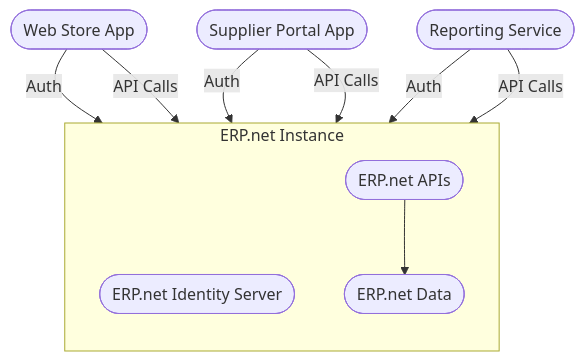
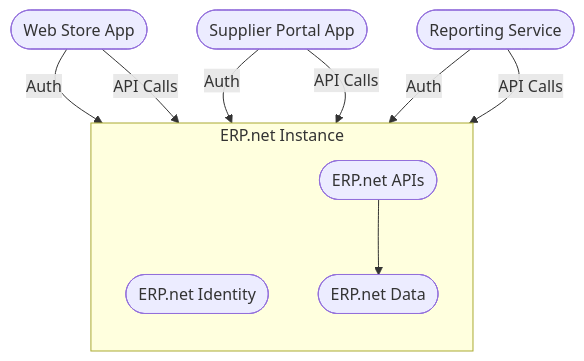
Before and after one commit to ErpNetDocs/dev: the diagram in building-apps/concepts/what-are-erpnet-apps.md, drawn with Mermaid. The commit also changed other lines of this file and 119 other files, not shown here.

````diff
--- a/building-apps/concepts/what-are-erpnet-apps.md
+++ b/building-apps/concepts/what-are-erpnet-apps.md
@@ -43,22 +43,22 @@
 ```mermaid
 flowchart TB
   app1([Web Store App])
   app2([Supplier Portal App])
   app3([Reporting Service])
 
   subgraph instance["ERP.net Instance"]
     direction TB
-    idp([ERP.net Identity Server])
+    idp([ERP.net Identity])
     api([ERP.net APIs])
     data([ERP.net Data])
     api --> data
   end
 
   app1 -->|Auth| idp
   app2 -->|Auth| idp
   app3 -->|Auth| idp
 
   app1 -->|API Calls| api
   app2 -->|API Calls| api
   app3 -->|API Calls| api
 ```
````
